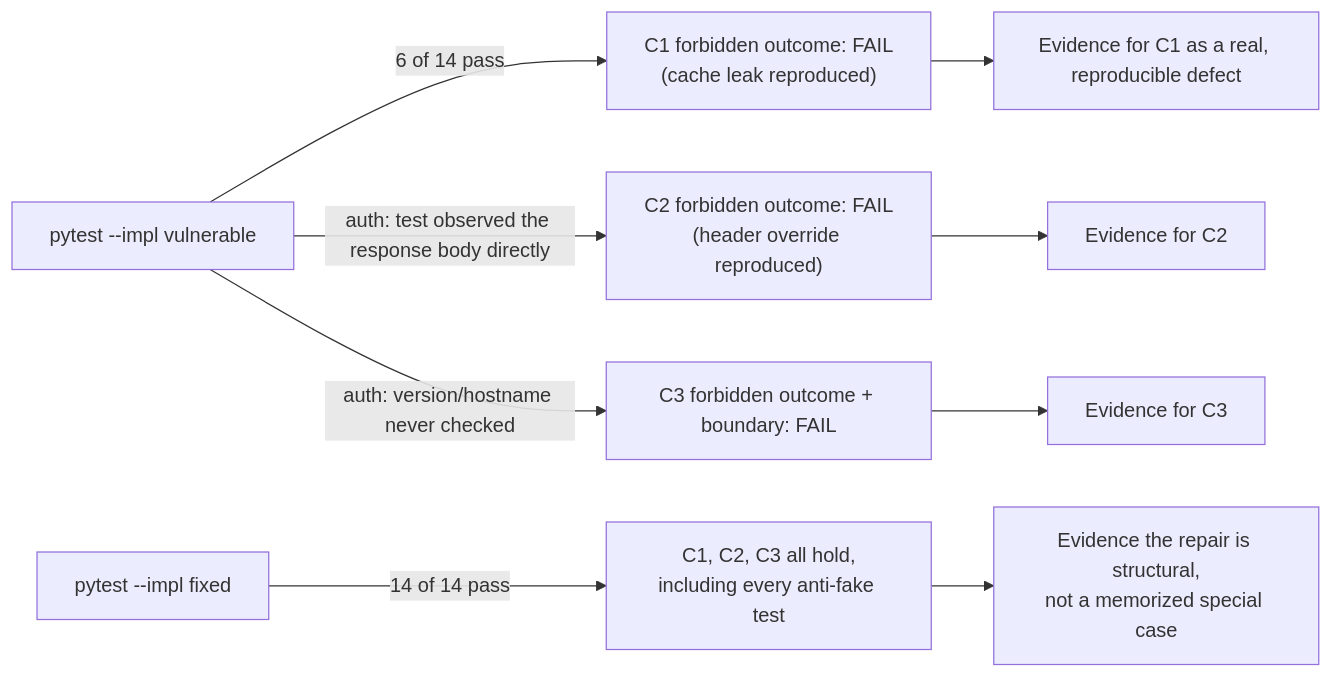
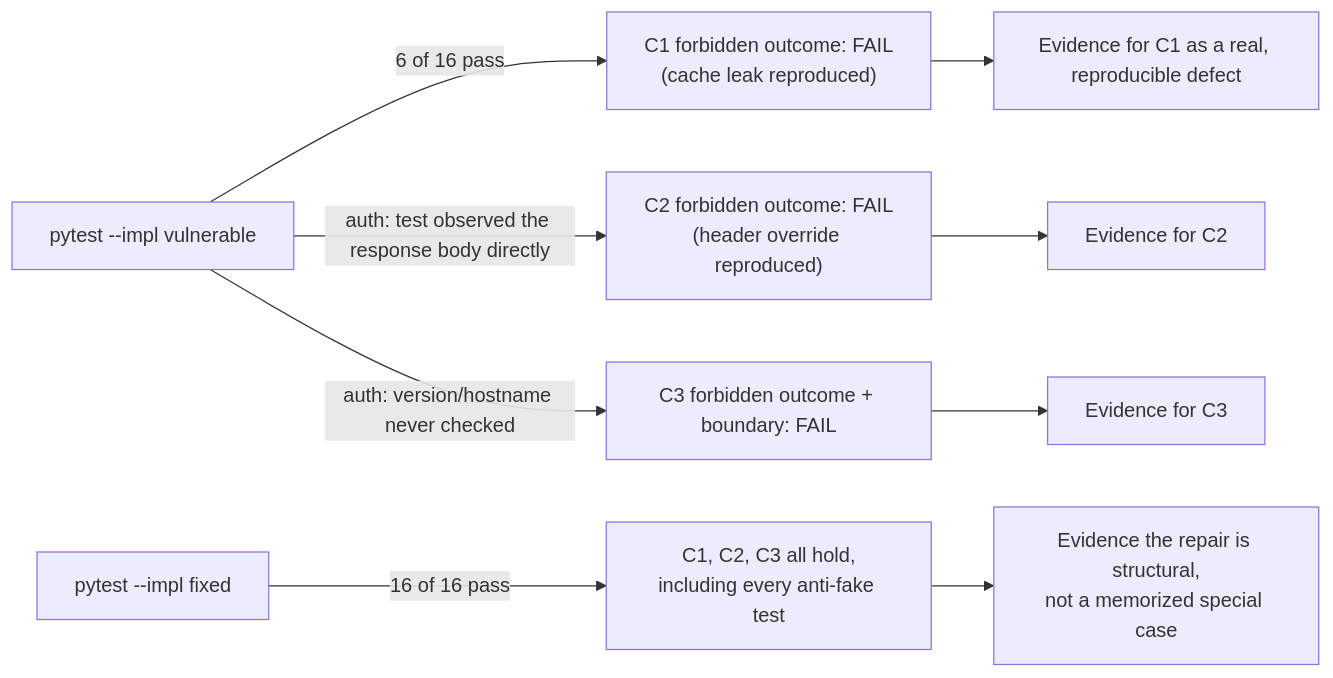
Before and after one commit to ishitvagoel/LearnSecurity: the diagram in content/modules/2/2.2/lessons/05-verify.md, drawn with Mermaid. The commit also changed other lines of this file and 7 other files, not shown here.

````diff
--- a/content/modules/2/2.2/lessons/05-verify.md
+++ b/content/modules/2/2.2/lessons/05-verify.md
@@ -23,11 +23,11 @@
 ```mermaid
 flowchart LR
-  Run["pytest --impl vulnerable"] -->|"6 of 14 pass"| V1["C1 forbidden outcome: FAIL\n(cache leak reproduced)"]
+  Run["pytest --impl vulnerable"] -->|"6 of 16 pass"| V1["C1 forbidden outcome: FAIL\n(cache leak reproduced)"]
   Run -->|auth: test observed the response body directly| V2["C2 forbidden outcome: FAIL\n(header override reproduced)"]
   Run -->|auth: version/hostname never checked| V3["C3 forbidden outcome + boundary: FAIL"]
-  Fixed["pytest --impl fixed"] -->|"14 of 14 pass"| F1["C1, C2, C3 all hold,\nincluding every anti-fake test"]
+  Fixed["pytest --impl fixed"] -->|"16 of 16 pass"| F1["C1, C2, C3 all hold,\nincluding every anti-fake test"]
   V1 --> Claim1["Evidence for C1 as a real, reproducible defect"]
   V2 --> Claim2["Evidence for C2"]
   V3 --> Claim3["Evidence for C3"]
   F1 --> ClaimAll["Evidence the repair is structural,\nnot a memorized special case"]
 ```
````
